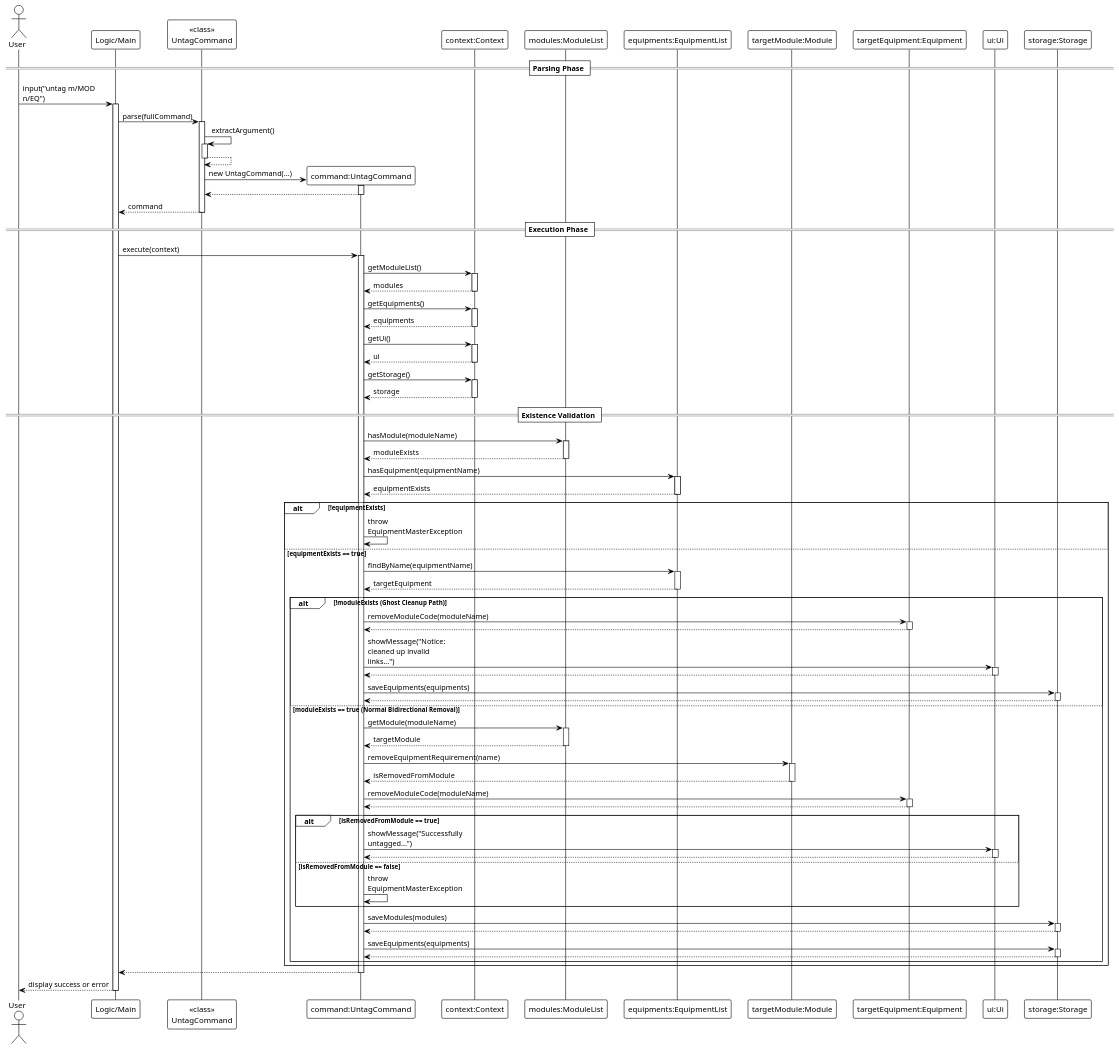
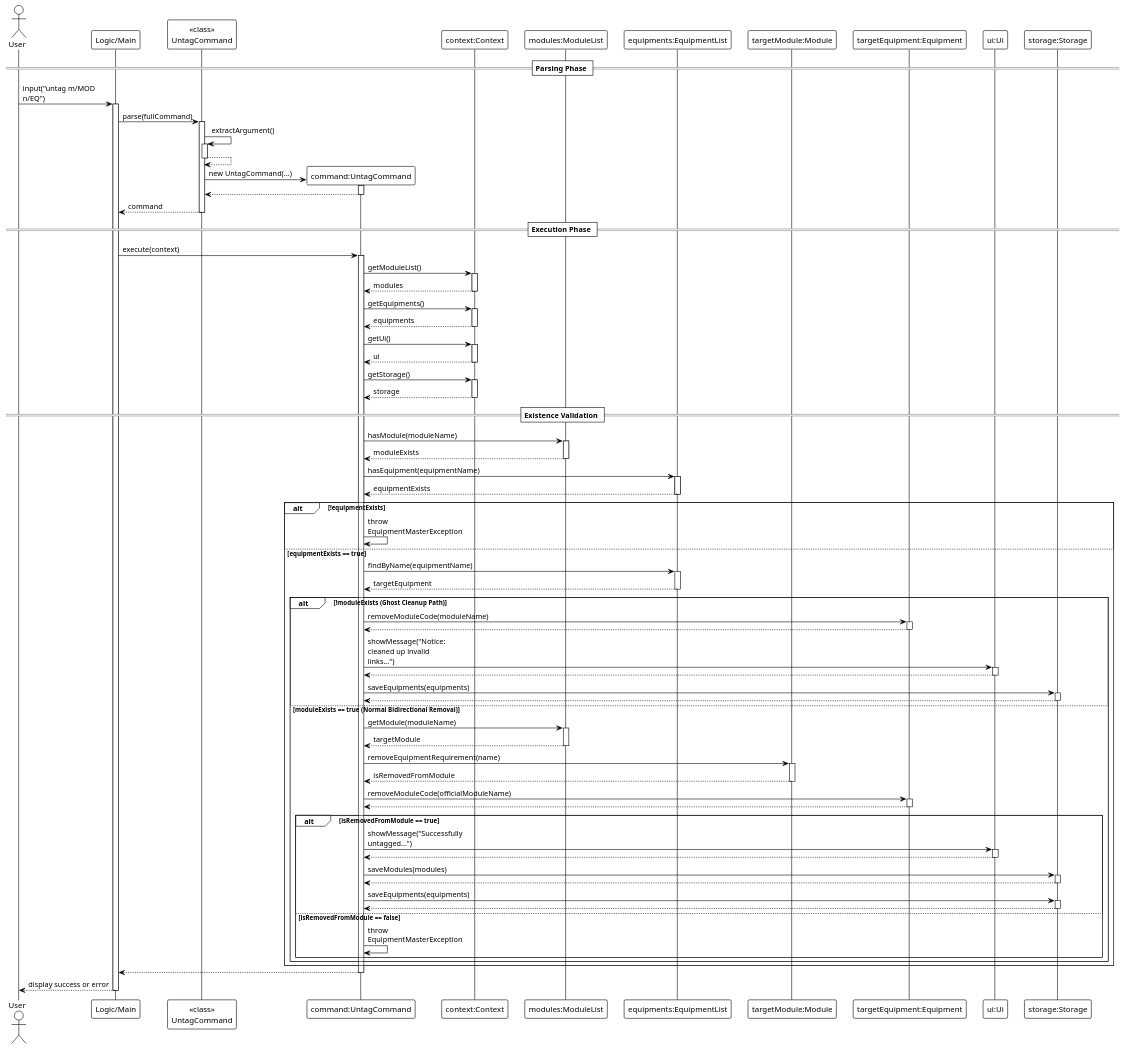
One commit to zhanhong03/tp changed the diagram in docs/UMLs/UntagCommand.puml. Above: the diagram before and after it, drawn with PlantUML. The commit also changed 4 other files, not shown here.

```diff
--- a/docs/UMLs/UntagCommand.puml
+++ b/docs/UMLs/UntagCommand.puml
@@ -1,141 +1,140 @@
 @startuml
 !theme plain
 skinparam maxMessageSize 150
 
 actor User
 participant "Logic/Main" as Logic
 participant "<<class>>\nUntagCommand" as UntagCommandClass
 participant "command:UntagCommand" as UntagCommand
 participant "context:Context" as Context
 participant "modules:ModuleList" as ModuleList
 participant "equipments:EquipmentList" as EquipmentList
 participant "targetModule:Module" as Module
 participant "targetEquipment:Equipment" as Equipment
 participant "ui:Ui" as Ui
 participant "storage:Storage" as Storage
 
 == Parsing Phase ==
 User -> Logic : input("untag m/MOD n/EQ")
 activate Logic
 
 Logic -> UntagCommandClass : parse(fullCommand)
 activate UntagCommandClass
 
 UntagCommandClass -> UntagCommandClass : extractArgument()
 activate UntagCommandClass
 UntagCommandClass --> UntagCommandClass
 deactivate UntagCommandClass
 
 create UntagCommand
 UntagCommandClass -> UntagCommand : new UntagCommand(...)
 activate UntagCommand
 UntagCommand --> UntagCommandClass
 deactivate UntagCommand
 
 UntagCommandClass --> Logic : command
 deactivate UntagCommandClass
 
 == Execution Phase ==
 Logic -> UntagCommand : execute(context)
 activate UntagCommand
 
 UntagCommand -> Context : getModuleList()
 activate Context
 Context --> UntagCommand : modules
 deactivate Context
 
 UntagCommand -> Context : getEquipments()
 activate Context
 Context --> UntagCommand : equipments
 deactivate Context
 
 UntagCommand -> Context : getUi()
 activate Context
 Context --> UntagCommand : ui
 deactivate Context
 
 UntagCommand -> Context : getStorage()
 activate Context
 Context --> UntagCommand : storage
 deactivate Context
 
 == Existence Validation ==
 UntagCommand -> ModuleList : hasModule(moduleName)
 activate ModuleList
 ModuleList --> UntagCommand : moduleExists
 deactivate ModuleList
 
 UntagCommand -> EquipmentList : hasEquipment(equipmentName)
 activate EquipmentList
 EquipmentList --> UntagCommand : equipmentExists
 deactivate EquipmentList
 
 alt !equipmentExists
     UntagCommand -> UntagCommand : throw EquipmentMasterException
 else equipmentExists == true
 
     UntagCommand -> EquipmentList : findByName(equipmentName)
     activate EquipmentList
     EquipmentList --> UntagCommand : targetEquipment
     deactivate EquipmentList
 
     alt !moduleExists (Ghost Cleanup Path)
         UntagCommand -> Equipment : removeModuleCode(moduleName)
         activate Equipment
         Equipment --> UntagCommand
         deactivate Equipment
 
         UntagCommand -> Ui : showMessage("Notice: cleaned up invalid links...")
         activate Ui
         Ui --> UntagCommand
         deactivate Ui
 
         UntagCommand -> Storage : saveEquipments(equipments)
         activate Storage
         Storage --> UntagCommand
         deactivate Storage
 
     else moduleExists == true (Normal Bidirectional Removal)
         UntagCommand -> ModuleList : getModule(moduleName)
         activate ModuleList
         ModuleList --> UntagCommand : targetModule
         deactivate ModuleList
 
         UntagCommand -> Module : removeEquipmentRequirement(name)
         activate Module
         Module --> UntagCommand : isRemovedFromModule
         deactivate Module
 
-        UntagCommand -> Equipment : removeModuleCode(moduleName)
+        UntagCommand -> Equipment : removeModuleCode(officialModuleName)
         activate Equipment
         Equipment --> UntagCommand
         deactivate Equipment
 
         alt isRemovedFromModule == true
             UntagCommand -> Ui : showMessage("Successfully untagged...")
             activate Ui
             Ui --> UntagCommand
             deactivate Ui
+
+            UntagCommand -> Storage : saveModules(modules)
+            activate Storage
+            Storage --> UntagCommand
+            deactivate Storage
+            UntagCommand -> Storage : saveEquipments(equipments)
+            activate Storage
+            Storage --> UntagCommand
+            deactivate Storage
         else isRemovedFromModule == false
             UntagCommand -> UntagCommand : throw EquipmentMasterException
         end
-
-        UntagCommand -> Storage : saveModules(modules)
-        activate Storage
-        Storage --> UntagCommand
-        deactivate Storage
-
-        UntagCommand -> Storage : saveEquipments(equipments)
-        activate Storage
-        Storage --> UntagCommand
-        deactivate Storage
     end
 end
 
 UntagCommand --> Logic
 deactivate UntagCommand
 
 Logic --> User : display success or error
 deactivate Logic
 
 @enduml
```
